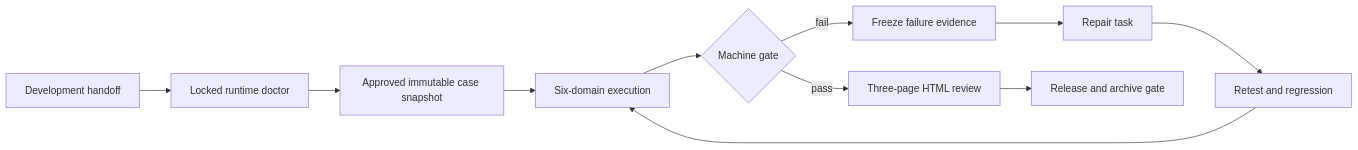
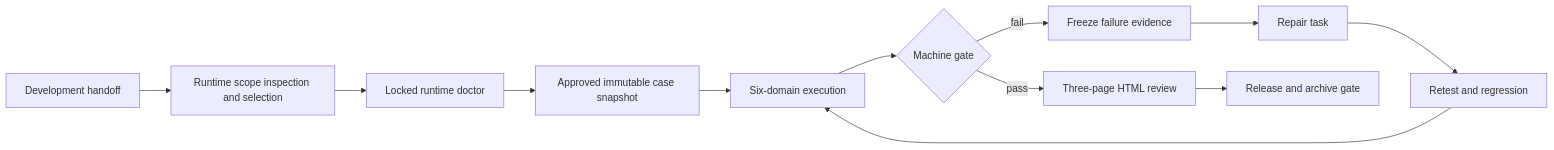
Before and after one commit to zengwenliang416/specnav-codex-plugin: the diagram in docs/verification-2-0.md, drawn with Mermaid. The commit also changed other lines of this file and 40 other files, not shown here.

First line of the commit message:
Verification Runtime scope selection + dsh host integration

````diff
--- a/docs/verification-2-0.md
+++ b/docs/verification-2-0.md
@@ -16,13 +16,14 @@
 ```mermaid
 flowchart LR
-  A["Development handoff"] --> B["Locked runtime doctor"]
-  B --> C["Approved immutable case snapshot"]
-  C --> D["Six-domain execution"]
-  D --> E{"Machine gate"}
-  E -->|fail| F["Freeze failure evidence"]
-  F --> G["Repair task"]
-  G --> H["Retest and regression"]
-  H --> D
-  E -->|pass| I["Three-page HTML review"]
-  I --> J["Release and archive gate"]
+  A["Development handoff"] --> B["Runtime scope inspection and selection"]
+  B --> C["Locked runtime doctor"]
+  C --> D["Approved immutable case snapshot"]
+  D --> E["Six-domain execution"]
+  E --> F{"Machine gate"}
+  F -->|fail| G["Freeze failure evidence"]
+  G --> H["Repair task"]
+  H --> I["Retest and regression"]
+  I --> E
+  F -->|pass| J["Three-page HTML review"]
+  J --> K["Release and archive gate"]
 ```
````
